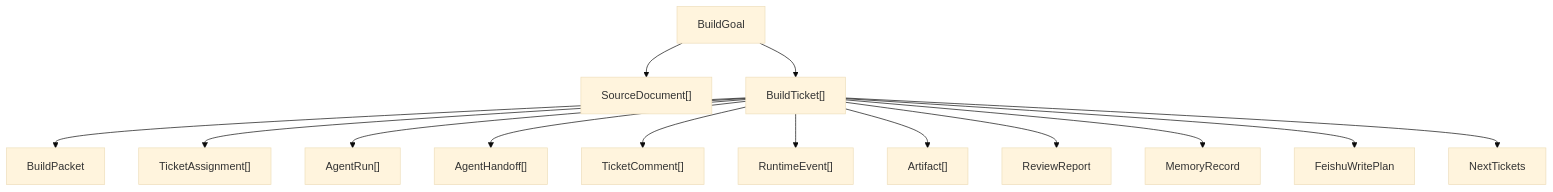
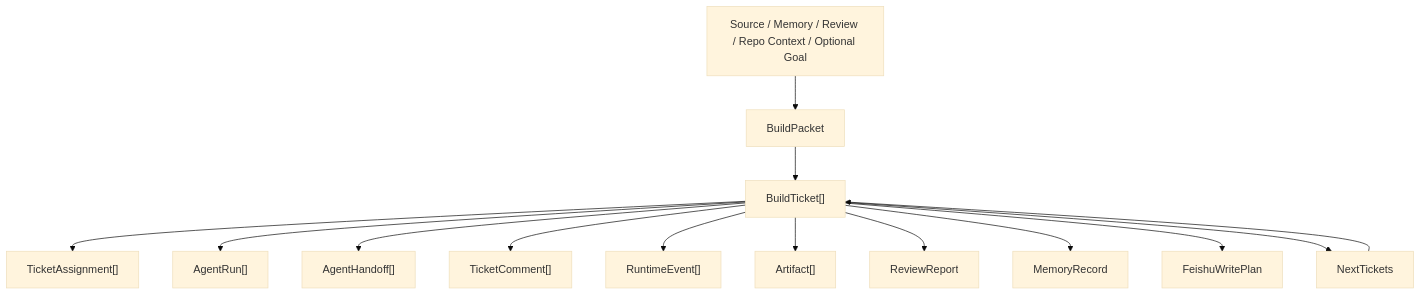
The diagram in docs/architecture/ARIADNE_V1_OBJECT_MODEL.md (Hackerismydream/Ariadne), drawn with Mermaid (base theme) before and after one commit. The commit also changed other lines of this file and 26 other files, not shown here.

Commit message:
docs: correct architecture to ticket-centered workbench

````diff
--- a/docs/architecture/ARIADNE_V1_OBJECT_MODEL.md
+++ b/docs/architecture/ARIADNE_V1_OBJECT_MODEL.md
@@ -28,16 +33,16 @@
 ```mermaid
 flowchart TB
-  Goal["BuildGoal"] --> Source["SourceDocument[]"]
-  Goal --> Ticket["BuildTicket[]"]
-  Ticket --> Packet["BuildPacket"]
+  Input["Source / Memory / Review / Repo Context / Optional Goal"] --> Packet["BuildPacket"]
+  Packet --> Ticket["BuildTicket[]"]
   Ticket --> Assignment["TicketAssignment[]"]
   Ticket --> Run["AgentRun[]"]
   Ticket --> Handoff["AgentHandoff[]"]
   Ticket --> Comment["TicketComment[]"]
   Ticket --> Event["RuntimeEvent[]"]
   Ticket --> Artifact["Artifact[]"]
   Ticket --> Review["ReviewReport"]
   Ticket --> Memory["MemoryRecord"]
   Ticket --> Feishu["FeishuWritePlan"]
   Ticket --> Next["NextTickets"]
+  Next --> Ticket
 ```
````
